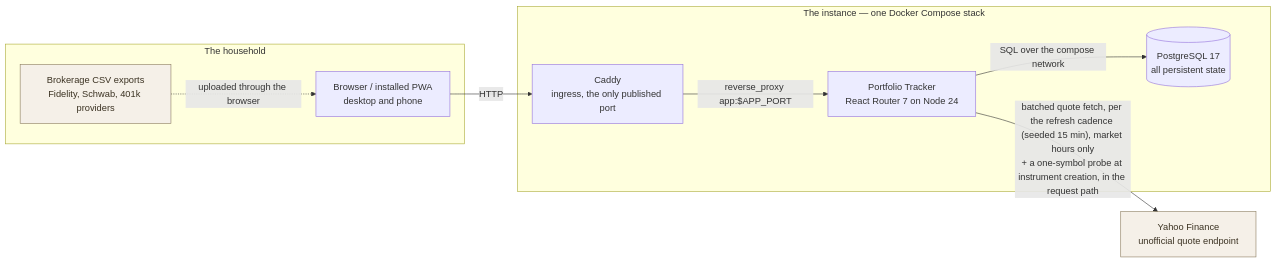
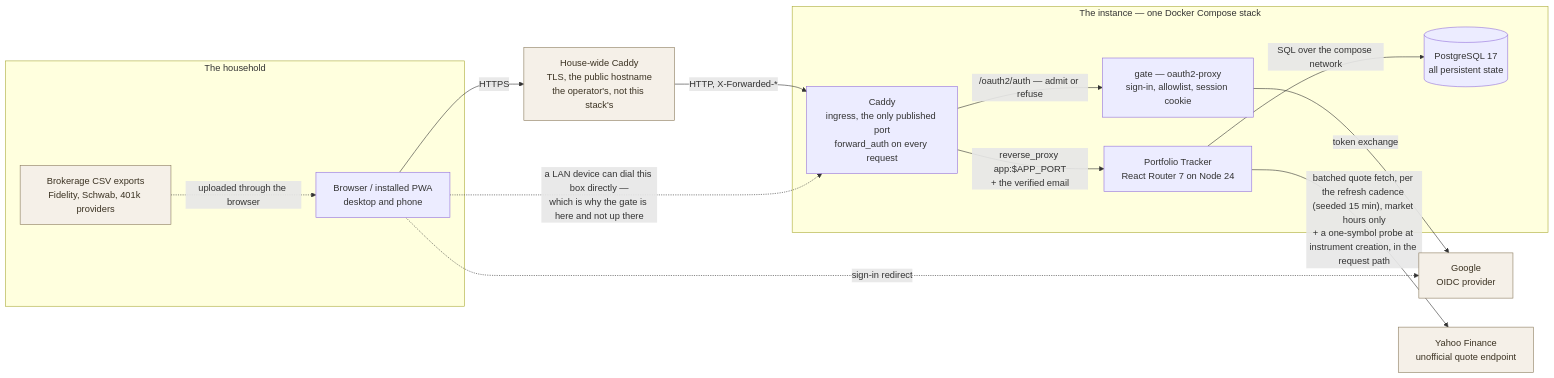
Before and after one commit to chethan123/portfolio: the first of 10 diagrams in ARCHITECTURE.md, drawn with Mermaid. The commit also changed other lines of this file and 2 other files, not shown here.

````diff
--- a/ARCHITECTURE.md
+++ b/ARCHITECTURE.md
@@ -58,24 +58,33 @@
 ```mermaid
 graph LR
     subgraph household["The household"]
         browser["Browser / installed PWA<br/>desktop and phone"]
         csv["Brokerage CSV exports<br/>Fidelity, Schwab, 401k providers"]
     end
 
+    house["House-wide Caddy<br/>TLS, the public hostname<br/>the operator's, not this stack's"]
+
     subgraph instance["The instance — one Docker Compose stack"]
-        caddy["Caddy<br/>ingress, the only published port"]
+        caddy["Caddy<br/>ingress, the only published port<br/>forward_auth on every request"]
+        gate["gate — oauth2-proxy<br/>sign-in, allowlist, session cookie"]
         app["Portfolio Tracker<br/>React Router 7 on Node 24"]
         db[("PostgreSQL 17<br/>all persistent state")]
     end
 
+    google["Google<br/>OIDC provider"]
     yahoo["Yahoo Finance<br/>unofficial quote endpoint"]
 
-    browser -->|HTTP| caddy
-    caddy -->|"reverse_proxy app:$APP_PORT"| app
+    browser -->|HTTPS| house
+    house -->|"HTTP, X-Forwarded-*"| caddy
+    browser -.->|"a LAN device can dial this box directly —<br/>which is why the gate is here and not up there"| caddy
+    caddy -->|"/oauth2/auth — admit or refuse"| gate
+    caddy -->|"reverse_proxy app:$APP_PORT<br/>+ the verified email"| app
+    gate -->|"token exchange"| google
+    browser -.->|"sign-in redirect"| google
     csv -.->|"uploaded through the browser"| browser
     app -->|SQL over the compose network| db
     app -->|"batched quote fetch, per the refresh cadence (seeded 15 min), market hours only<br/>+ a one-symbol probe at instrument creation, in the request path"| yahoo
 
     classDef ext fill:#f5f0e8,stroke:#8a7a5c,color:#3b3222
-    class yahoo,csv ext
+    class yahoo,csv,google,house ext
 ```
````
